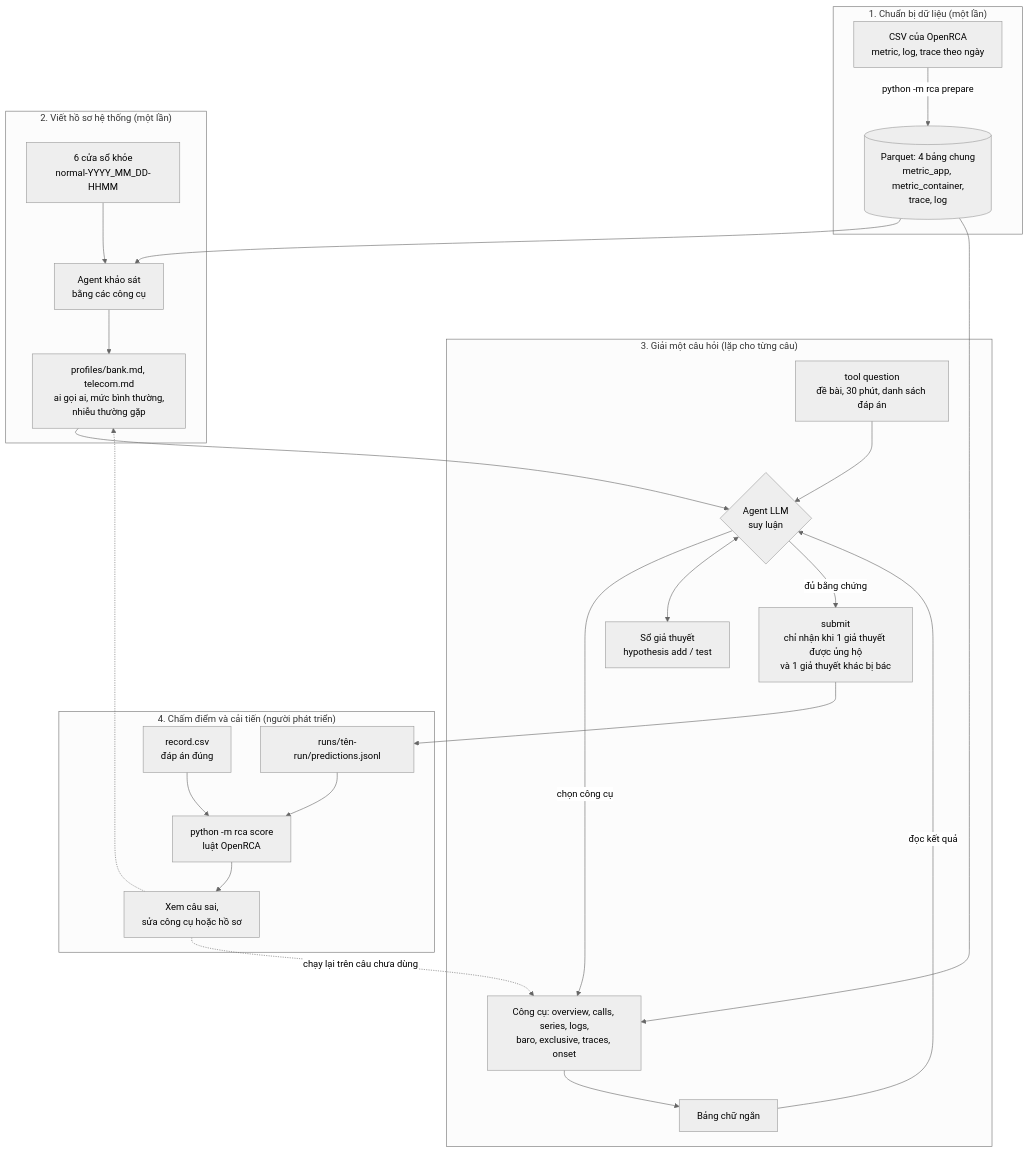
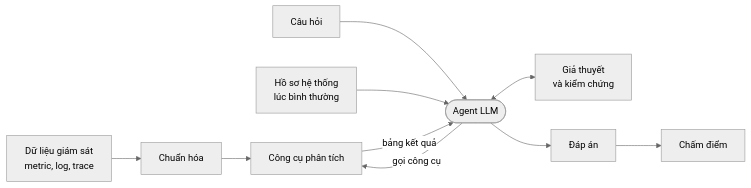
The diagram in README.md (d2mteam/rca-agent), drawn with Mermaid (neutral theme) before and after one commit. The commit also changed other lines of this file, not shown here.

Commit message:
docs: simpler pipeline overview

````diff
--- a/README.md
+++ b/README.md
@@ -396,47 +392,12 @@
 ```mermaid
-flowchart TD
-    subgraph S1["1. Chuẩn bị dữ liệu (một lần)"]
-        CSV["CSV của OpenRCA<br/>metric, log, trace theo ngày"]
-        PQ[("Parquet: 4 bảng chung<br/>metric_app, metric_container,<br/>trace, log")]
-        CSV -- "python -m rca prepare" --> PQ
-    end
-
-    subgraph S2["2. Viết hồ sơ hệ thống (một lần)"]
-        NW["6 cửa sổ khỏe<br/>normal-YYYY_MM_DD-HHMM"]
-        PA["Agent khảo sát<br/>bằng các công cụ"]
-        PF["profiles/bank.md, telecom.md<br/>ai gọi ai, mức bình thường,<br/>nhiễu thường gặp"]
-        NW --> PA --> PF
-    end
-
-    subgraph S3["3. Giải một câu hỏi (lặp cho từng câu)"]
-        Q["tool question<br/>đề bài, 30 phút, danh sách đáp án"]
-        A{"Agent LLM<br/>suy luận"}
-        T["Công cụ: overview, calls, series, logs,<br/>baro, exclusive, traces, onset"]
-        OUT["Bảng chữ ngắn"]
-        H["Sổ giả thuyết<br/>hypothesis add / test"]
-        SUB["submit<br/>chỉ nhận khi 1 giả thuyết được ủng hộ<br/>và 1 giả thuyết khác bị bác"]
-        Q --> A
-        A -- "chọn công cụ" --> T
-        T --> OUT
-        OUT -- "đọc kết quả" --> A
-        A <--> H
-        A -- "đủ bằng chứng" --> SUB
-    end
-
-    subgraph S4["4. Chấm điểm và cải tiến (người phát triển)"]
-        PRED["runs/tên-run/predictions.jsonl"]
-        SC["python -m rca score<br/>luật OpenRCA"]
-        REC["record.csv<br/>đáp án đúng"]
-        FIX["Xem câu sai,<br/>sửa công cụ hoặc hồ sơ"]
-        PRED --> SC
-        REC --> SC
-        SC --> FIX
-    end
-
-    PQ --> PA
-    PQ --> T
-    PF --> A
-    SUB --> PRED
-    FIX -. "chạy lại trên câu chưa dùng" .-> T
-    FIX -.-> PF
+flowchart LR
+    D["Dữ liệu giám sát<br/>metric, log, trace"] --> N["Chuẩn hóa"]
+    N --> T["Công cụ phân tích"]
+    Q["Câu hỏi"] --> A(["Agent LLM"])
+    P["Hồ sơ hệ thống<br/>lúc bình thường"] --> A
+    A -- "gọi công cụ" --> T
+    T -- "bảng kết quả" --> A
+    A <--> H["Giả thuyết<br/>và kiểm chứng"]
+    A --> R["Đáp án"]
+    R --> S["Chấm điểm"]
 ```
````
